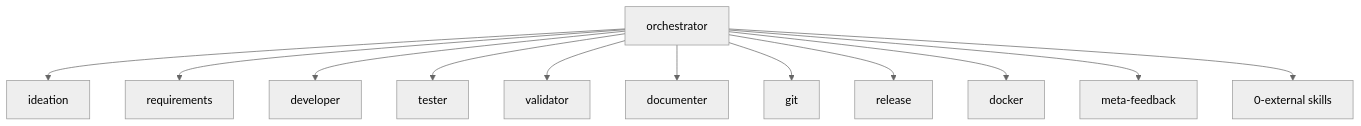
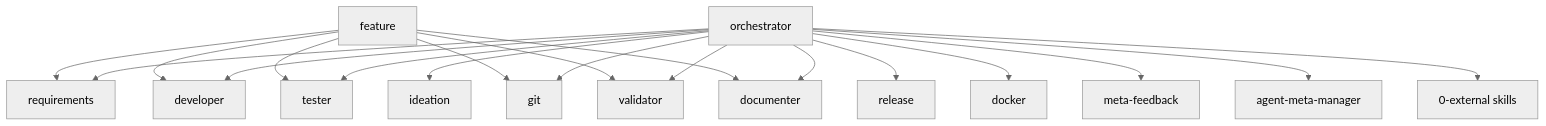
Before and after one commit to Popoboxxo/agent-meta: the diagram in docs/architecture/03-agent-roles.md, drawn with Mermaid (neutral theme). The commit also changed other lines of this file and 4 other files, not shown here.

First line of the commit message:
docs: update howtos and architecture docs to v0.14.0

````diff
--- a/docs/architecture/03-agent-roles.md
+++ b/docs/architecture/03-agent-roles.md
@@ -5,15 +5,23 @@
 ```mermaid
 graph TD
     ORC[orchestrator]
+    FEA[feature]
     ORC --> IDE[ideation]
     ORC --> REQ[requirements]
     ORC --> DEV[developer]
     ORC --> TST[tester]
     ORC --> VAL[validator]
     ORC --> DOC[documenter]
     ORC --> GIT[git]
     ORC --> REL[release]
     ORC --> DOK[docker]
     ORC --> MFB[meta-feedback]
+    ORC --> AMM[agent-meta-manager]
     ORC --> EXT[0-external skills]
+    FEA --> GIT
+    FEA --> REQ
+    FEA --> TST
+    FEA --> DEV
+    FEA --> VAL
+    FEA --> DOC
 ```
````
